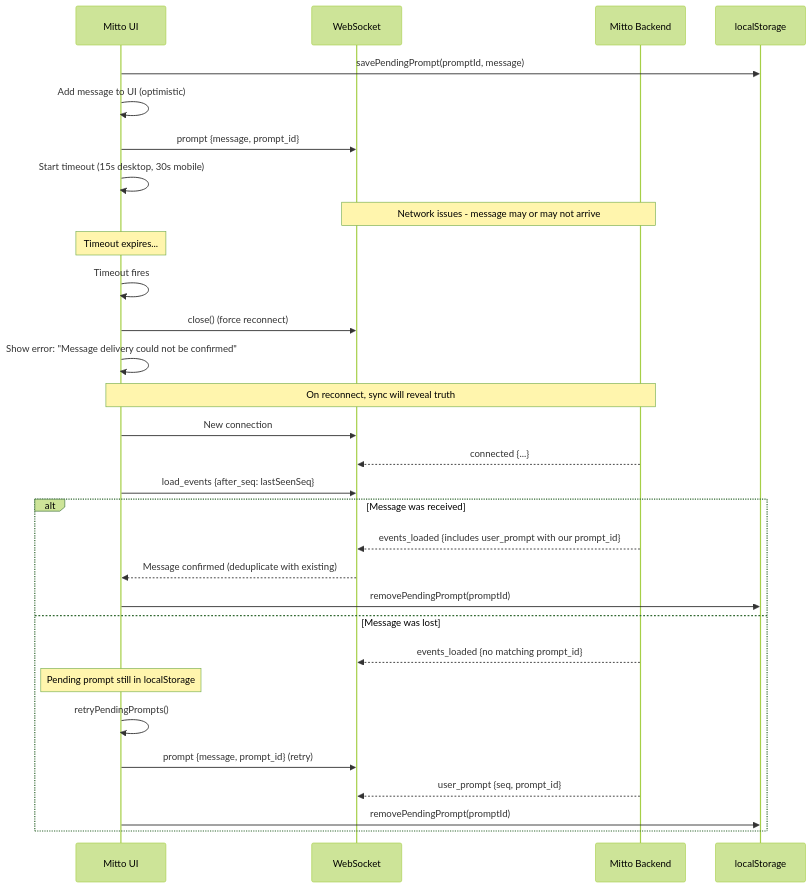
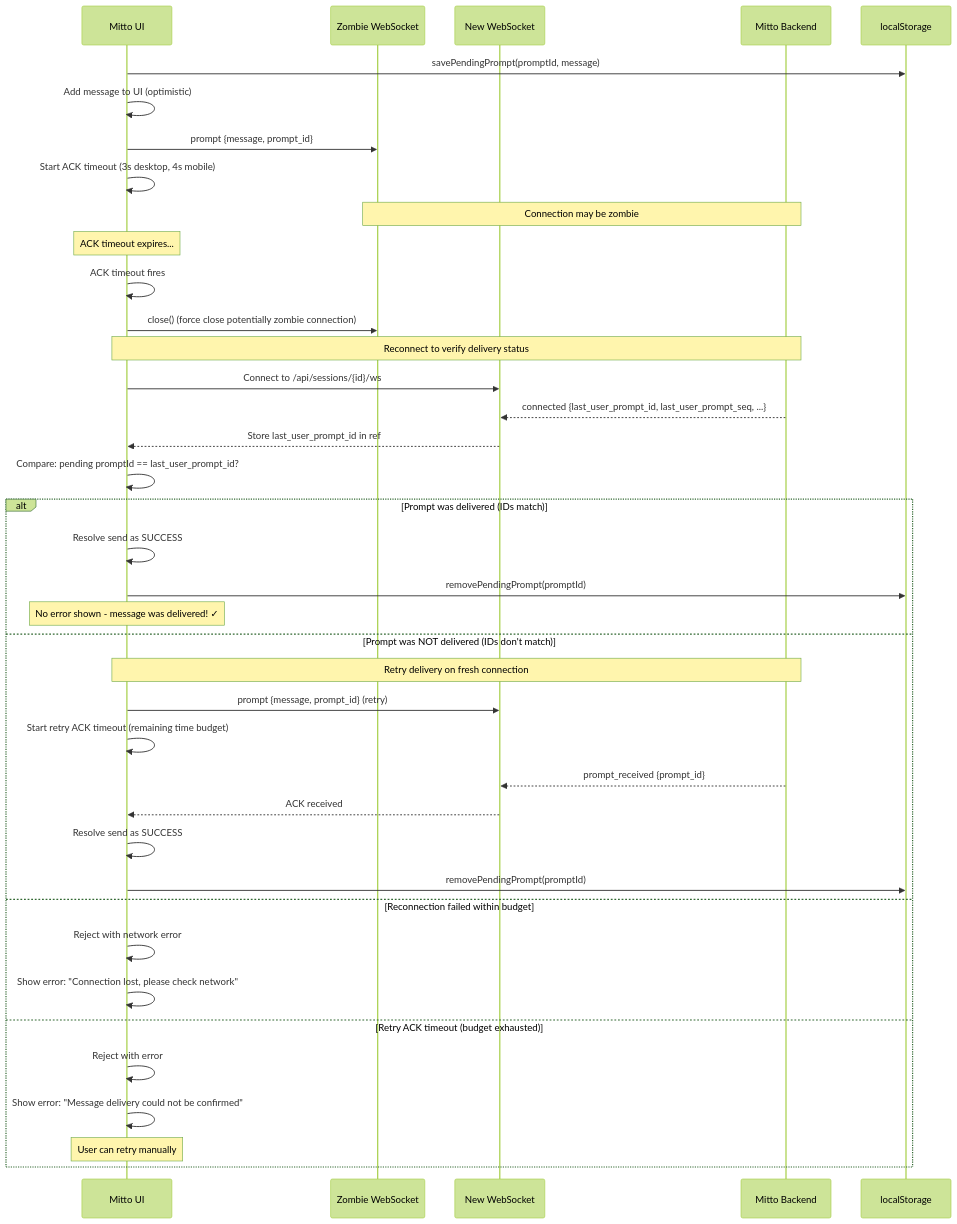
Before and after one commit to inercia/mitto: diagram 11 of 27 in docs/devel/websocket-messaging.md, drawn with Mermaid (forest theme). The commit also changed other lines of this file and 17 other files, not shown here.

````diff
--- a/docs/devel/websocket-messaging.md
+++ b/docs/devel/websocket-messaging.md
@@ -539,37 +758,47 @@
 ```mermaid
 sequenceDiagram
     participant UI as Mitto UI
-    participant WS as WebSocket
+    participant ZombieWS as Zombie WebSocket
+    participant NewWS as New WebSocket
     participant Backend as Mitto Backend
     participant Storage as localStorage
 
     UI->>Storage: savePendingPrompt(promptId, message)
     UI->>UI: Add message to UI (optimistic)
-    UI->>WS: prompt {message, prompt_id}
-    UI->>UI: Start timeout (15s desktop, 30s mobile)
+    UI->>ZombieWS: prompt {message, prompt_id}
+    UI->>UI: Start ACK timeout (3s desktop, 4s mobile)
 
-    Note over WS,Backend: Network issues - message may or may not arrive
+    Note over ZombieWS,Backend: Connection may be zombie
 
-    Note over UI: Timeout expires...
-    UI->>UI: Timeout fires
-    UI->>WS: close() (force reconnect)
-    UI->>UI: Show error: "Message delivery could not be confirmed"
+    Note over UI: ACK timeout expires...
+    UI->>UI: ACK timeout fires
+    UI->>ZombieWS: close() (force close potentially zombie connection)
 
-    Note over UI,Backend: On reconnect, sync will reveal truth
-    UI->>WS: New connection
-    Backend-->>WS: connected {...}
-    UI->>WS: load_events {after_seq: lastSeenSeq}
+    Note over UI,Backend: Reconnect to verify delivery status
+    UI->>NewWS: Connect to /api/sessions/{id}/ws
+    Backend-->>NewWS: connected {last_user_prompt_id, last_user_prompt_seq, ...}
+    NewWS-->>UI: Store last_user_prompt_id in ref
 
-    alt Message was received
-        Backend-->>WS: events_loaded {includes user_prompt with our prompt_id}
-        WS-->>UI: Message confirmed (deduplicate with existing)
+    UI->>UI: Compare: pending promptId == last_user_prompt_id?
+
+    alt Prompt was delivered (IDs match)
+        UI->>UI: Resolve send as SUCCESS
         UI->>Storage: removePendingPrompt(promptId)
-    else Message was lost
-        Backend-->>WS: events_loaded {no matching prompt_id}
-        Note over UI: Pending prompt still in localStorage
-        UI->>UI: retryPendingPrompts()
-        UI->>WS: prompt {message, prompt_id} (retry)
-        Backend-->>WS: user_prompt {seq, prompt_id}
+        Note over UI: No error shown - message was delivered! ✓
+    else Prompt was NOT delivered (IDs don't match)
+        Note over UI,Backend: Retry delivery on fresh connection
+        UI->>NewWS: prompt {message, prompt_id} (retry)
+        UI->>UI: Start retry ACK timeout (remaining time budget)
+        Backend-->>NewWS: prompt_received {prompt_id}
+        NewWS-->>UI: ACK received
+        UI->>UI: Resolve send as SUCCESS
         UI->>Storage: removePendingPrompt(promptId)
+    else Reconnection failed within budget
+        UI->>UI: Reject with network error
+        UI->>UI: Show error: "Connection lost, please check network"
+    else Retry ACK timeout (budget exhausted)
+        UI->>UI: Reject with error
+        UI->>UI: Show error: "Message delivery could not be confirmed"
+        Note over UI: User can retry manually
     end
 ```
````
